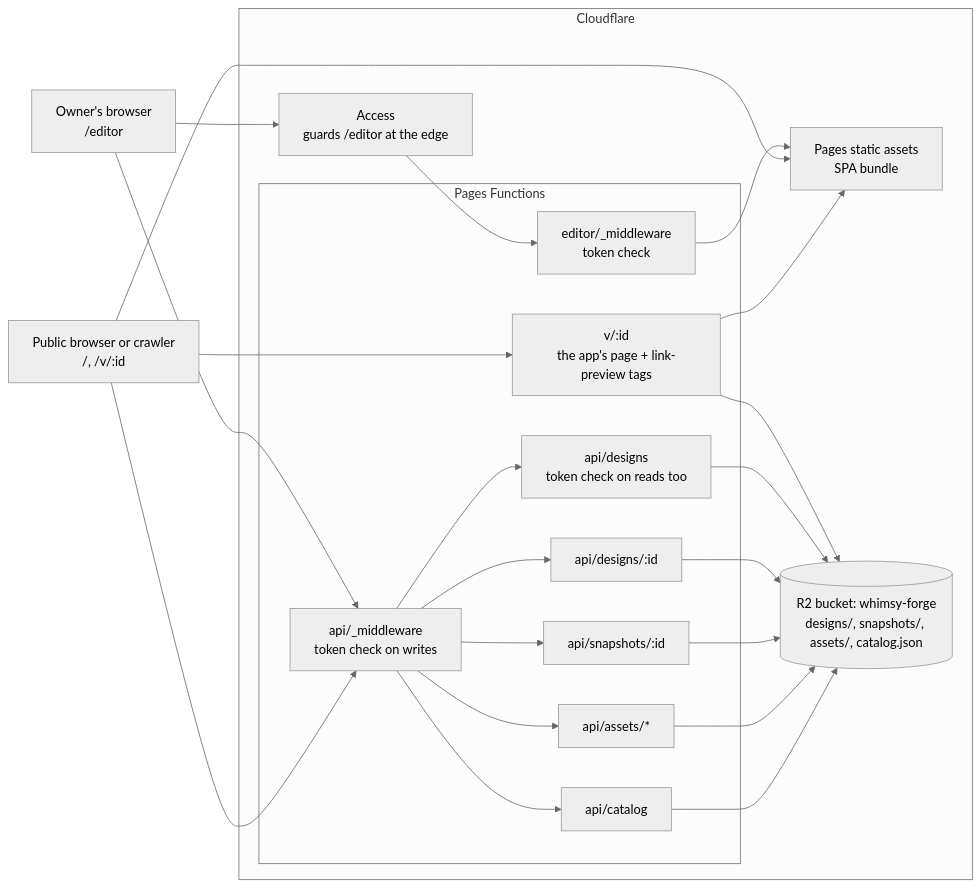
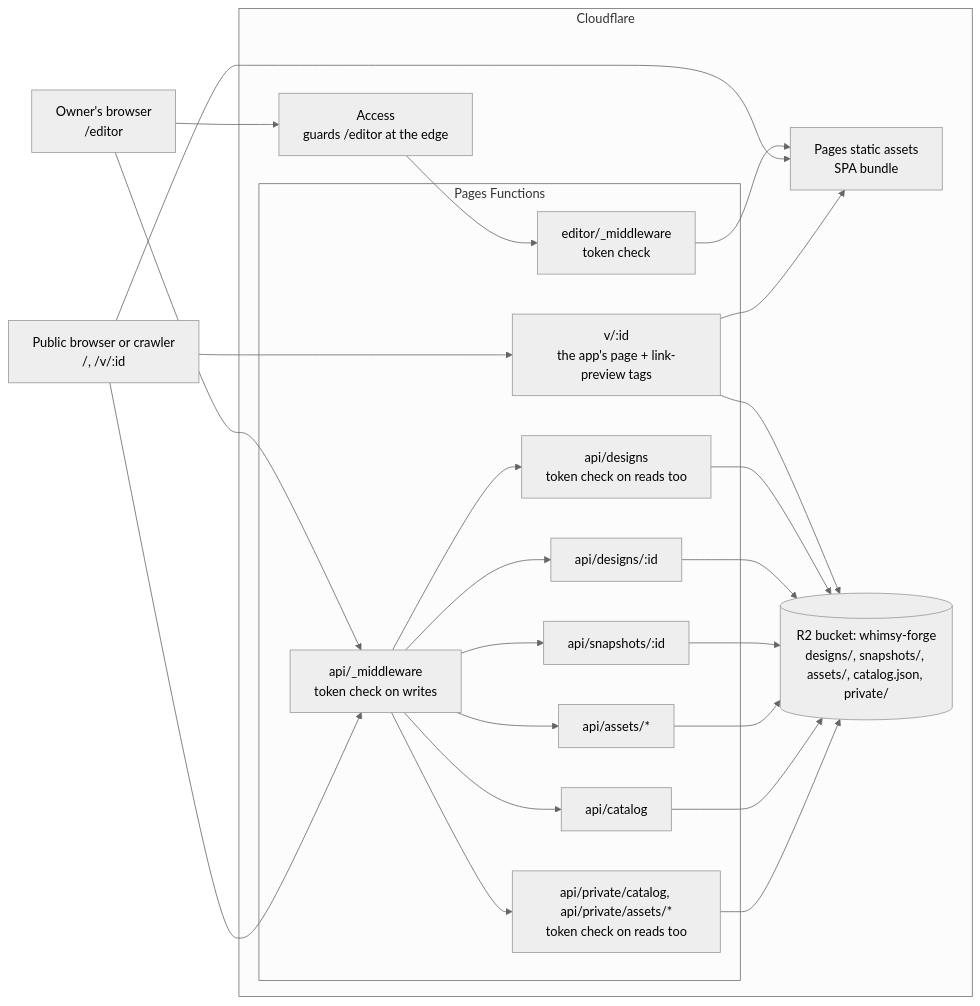
One commit to davidopluslau/whimsy-forge changed the first of 7 diagrams in docs/SYSTEM_DESIGN.md. Above: the diagram before and after it, drawn with Mermaid (neutral theme). The commit also changed other lines of this file and 32 other files, not shown here.

First line of the commit message:
Personal catalog: private assets in R2 only, never exposed by a share link (#16 slice 2) (#22)

````diff
--- a/docs/SYSTEM_DESIGN.md
+++ b/docs/SYSTEM_DESIGN.md
@@ -41,33 +41,35 @@
 ```mermaid
 flowchart LR
     owner["Owner's browser<br/>/editor"]
     public["Public browser or crawler<br/>/, /v/:id"]
 
     subgraph cf["Cloudflare"]
         access["Access<br/>guards /editor at the edge"]
         pages["Pages static assets<br/>SPA bundle"]
         subgraph fn["Pages Functions"]
             editorGuard["editor/_middleware<br/>token check"]
             apiGuard["api/_middleware<br/>token check on writes"]
             designList["api/designs<br/>token check on reads too"]
             designs["api/designs/:id"]
             snapshots["api/snapshots/:id"]
             assets["api/assets/*"]
             catalog["api/catalog"]
+            personal["api/private/catalog, api/private/assets/*<br/>token check on reads too"]
             sharePage["v/:id<br/>the app's page + link-preview tags"]
         end
-        r2[("R2 bucket: whimsy-forge<br/>designs/, snapshots/, assets/, catalog.json")]
+        r2[("R2 bucket: whimsy-forge<br/>designs/, snapshots/, assets/, catalog.json, private/")]
     end
 
     owner --> access --> editorGuard --> pages
     public --> pages
     public --> sharePage --> pages
     sharePage --> r2
     owner --> apiGuard
     public --> apiGuard
     apiGuard --> designList --> r2
     apiGuard --> designs --> r2
     apiGuard --> snapshots --> r2
     apiGuard --> assets --> r2
     apiGuard --> catalog --> r2
+    apiGuard --> personal --> r2
 ```
````
